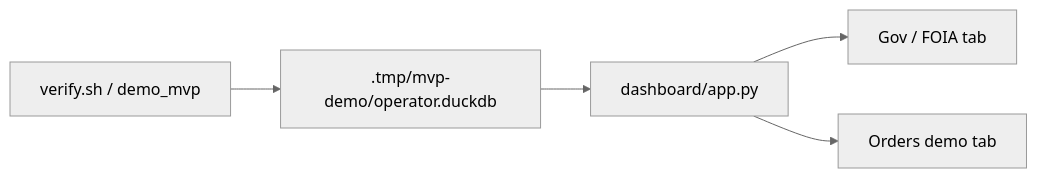
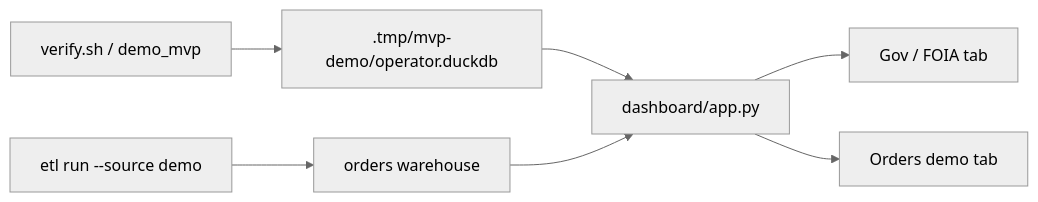
Before and after one commit to khaosans/operator-etl: the diagram in docs/DASHBOARD.md, drawn with Mermaid (neutral theme). The commit also changed other lines of this file and 47 other files, not shown here.

````diff
--- a/docs/DASHBOARD.md
+++ b/docs/DASHBOARD.md
@@ -22,7 +23,9 @@
 ```mermaid
 flowchart LR
   Verify[verify.sh / demo_mvp] --> WH[".tmp/mvp-demo/operator.duckdb"]
+  Orders[etl run --source demo] --> OW["orders warehouse"]
   WH --> App[dashboard/app.py]
+  OW --> App
   App --> Gov[Gov / FOIA tab]
-  App --> Orders[Orders demo tab]
+  App --> OrdersTab[Orders demo tab]
 ```
````
